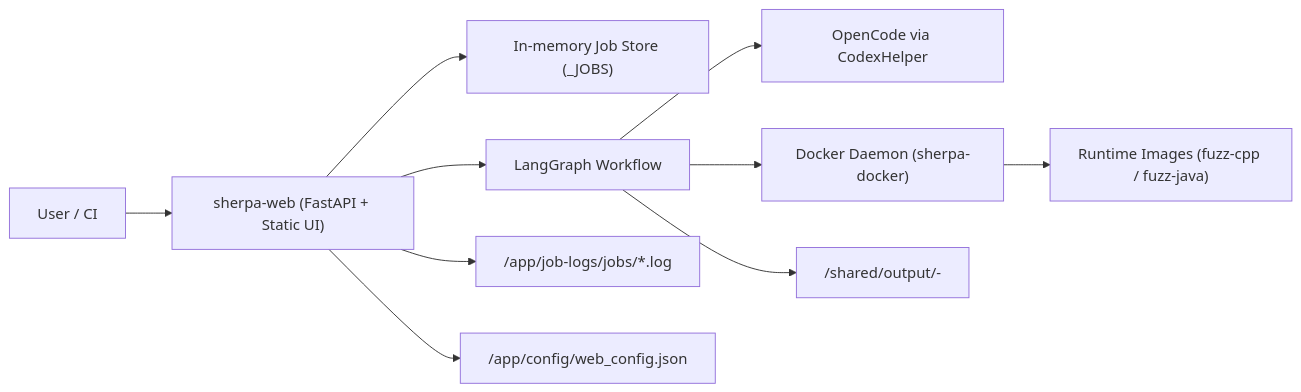
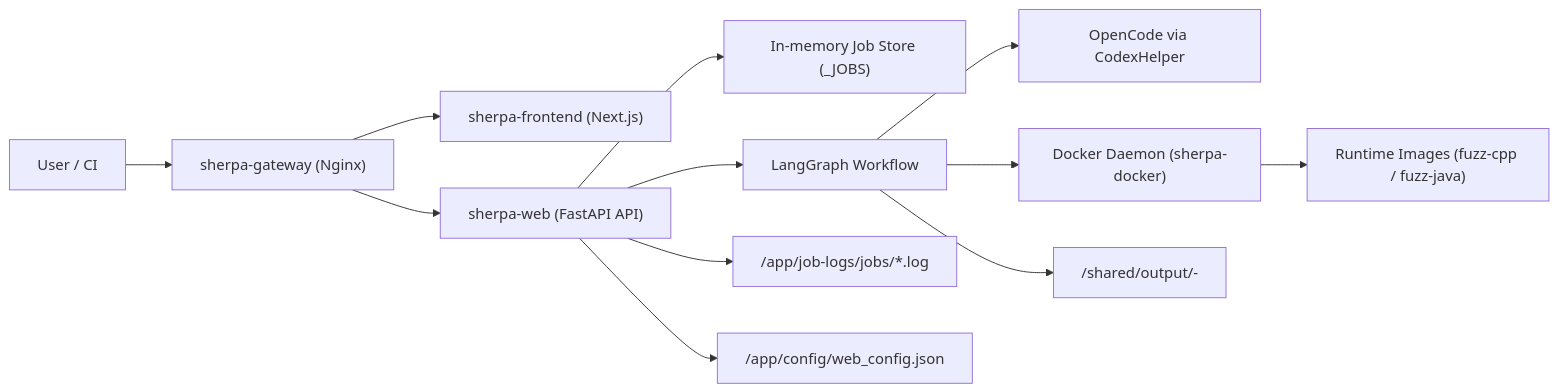
The first of 10 diagrams in README.md (ZUENS2020/Sherpa), drawn with Mermaid before and after one commit. The commit also changed other lines of this file and 34 other files, not shown here.

````diff
--- a/README.md
+++ b/README.md
@@ -21,12 +21,14 @@
 ```mermaid
 flowchart LR
-  U["User / CI"] --> WEB["sherpa-web (FastAPI + Static UI)"]
+  U["User / CI"] --> GW["sherpa-gateway (Nginx)"]
+  GW --> FE["sherpa-frontend (Next.js)"]
+  GW --> WEB["sherpa-web (FastAPI API)"]
   WEB --> JOB["In-memory Job Store (_JOBS)"]
   WEB --> WF["LangGraph Workflow"]
   WF --> OC["OpenCode via CodexHelper"]
   WF --> DIND["Docker Daemon (sherpa-docker)"]
   DIND --> IMG["Runtime Images (fuzz-cpp / fuzz-java)"]
   WF --> OUT["/shared/output/<repo>-<id>"]
   WEB --> LOG["/app/job-logs/jobs/*.log"]
   WEB --> CFG["/app/config/web_config.json"]
 ```
````
